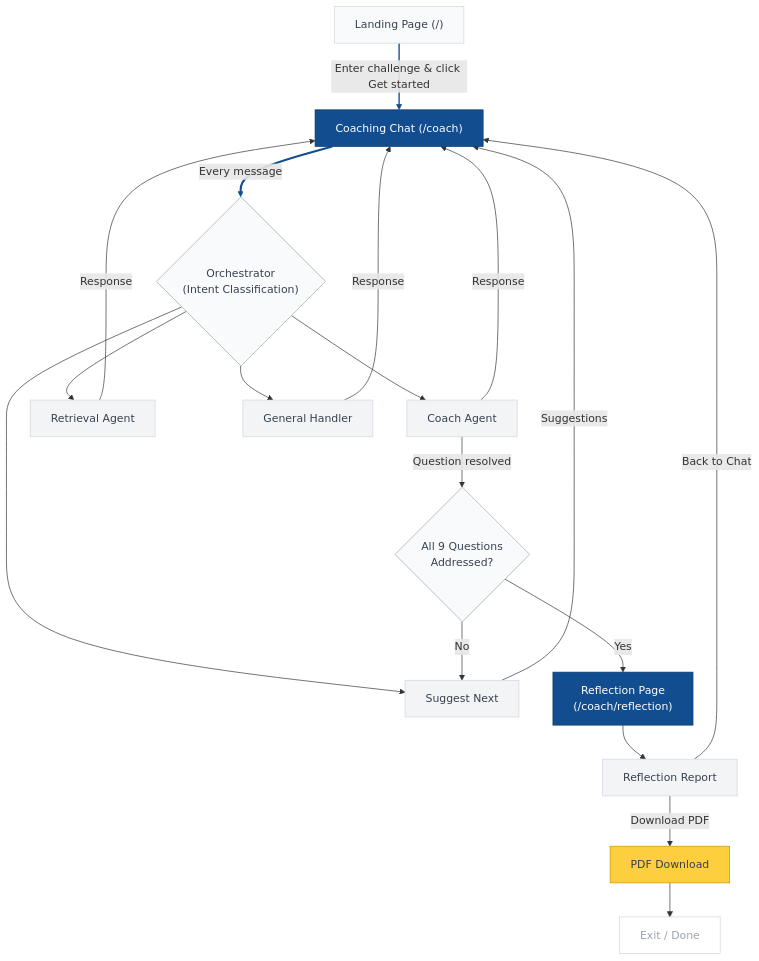
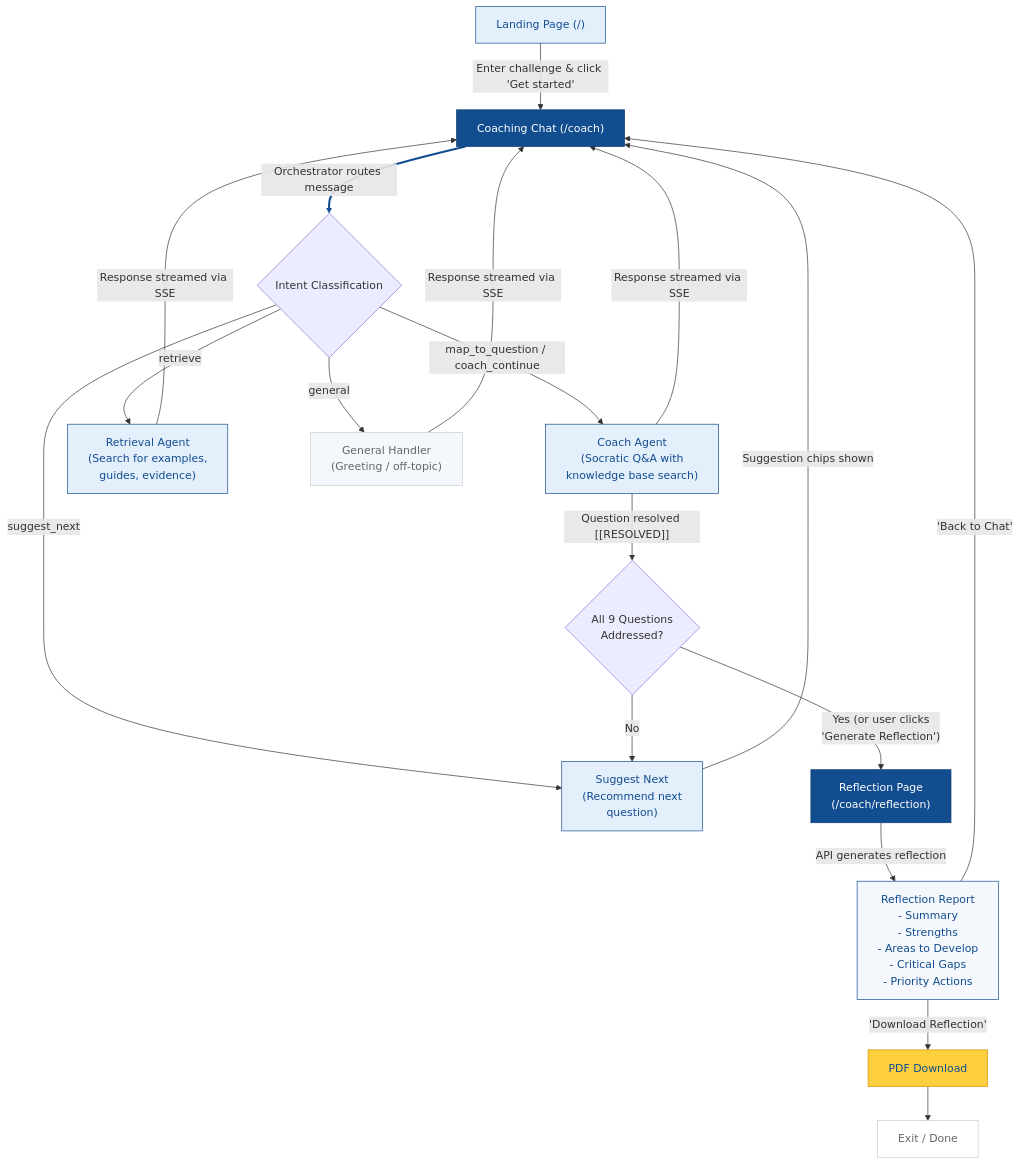
One commit to Kushal187/coaching-tool-public-engagement changed the diagram in docs/user-journey-flow.md. Above: the diagram before and after it, drawn with Mermaid.

````diff
--- a/docs/user-journey-flow.md
+++ b/docs/user-journey-flow.md
@@ -5,41 +5,42 @@
 ```mermaid
 flowchart TD
-    A["Landing Page (/)"] -->|"Enter challenge & click Get started"| B["Coaching Chat (/coach)"]
-
-    B ==>|"Every message"| C{"Orchestrator\n(Intent Classification)"}
-
-    C --> D["Coach Agent"]
-    C --> E["Retrieval Agent"]
-    C --> F["Suggest Next"]
-    C --> G["General Handler"]
-
-    D -->|Response| B
-    E -->|Response| B
-    F -->|Suggestions| B
-    G -->|Response| B
-
-    D -->|"Question resolved"| H{"All 9 Questions\nAddressed?"}
+    A["Landing Page (/)"] -->|Enter challenge & click 'Get started'| B["Coaching Chat (/coach)"]
+    
+    B ==>|"Orchestrator routes message"| C{Intent Classification}
+    
+    C -->|"map_to_question / coach_continue"| D["Coach Agent\n(Socratic Q&A with\nknowledge base search)"]
+    C -->|retrieve| E["Retrieval Agent\n(Search for examples,\nguides, evidence)"]
+    C -->|suggest_next| F["Suggest Next\n(Recommend next\nquestion)"]
+    C -->|general| G["General Handler\n(Greeting / off-topic)"]
+    
+    D -->|Response streamed via SSE| B
+    E -->|Response streamed via SSE| B
+    F -->|Suggestion chips shown| B
+    G -->|Response streamed via SSE| B
+    
+    D -->|"Question resolved [[RESOLVED]]"| H{All 9 Questions\nAddressed?}
+    
     H -->|No| F
-    H -->|Yes| I["Reflection Page\n(/coach/reflection)"]
-
-    I --> J["Reflection Report"]
-    J -->|Download PDF| K["PDF Download"]
-    J -->|Back to Chat| B
+    
+    H -->|"Yes (or user clicks\n'Generate Reflection')"| I["Reflection Page\n(/coach/reflection)"]
+    
+    I -->|API generates reflection| J["Reflection Report\n- Summary\n- Strengths\n- Areas to Develop\n- Critical Gaps\n- Priority Actions"]
+    
+    J -->|"'Download Reflection'"| K["PDF Download"]
+    J -->|"'Back to Chat'"| B
+    
     K --> L["Exit / Done"]
 
-    style A fill:#f9fafb,stroke:#d1d5db,color:#374151
+    style A fill:#E4EFFC,stroke:#124D8F,color:#124D8F
     style B fill:#124D8F,stroke:#0e3d72,color:#fff
-    style C fill:#f9fafb,stroke:#9ca3af,color:#374151
-    style D fill:#f3f4f6,stroke:#d1d5db,color:#374151
-    style E fill:#f3f4f6,stroke:#d1d5db,color:#374151
-    style F fill:#f3f4f6,stroke:#d1d5db,color:#374151
-    style G fill:#f3f4f6,stroke:#d1d5db,color:#374151
-    style H fill:#f9fafb,stroke:#9ca3af,color:#374151
     style I fill:#124D8F,stroke:#0e3d72,color:#fff
-    style J fill:#f3f4f6,stroke:#d1d5db,color:#374151
-    style K fill:#FDCE3E,stroke:#D09006,color:#374151
-    style L fill:#fff,stroke:#d1d5db,color:#9ca3af
+    style J fill:#F4F7FB,stroke:#124D8F,color:#124D8F
+    style K fill:#FDCE3E,stroke:#D09006,color:#124D8F
+    style L fill:#fff,stroke:#ccc,color:#666
+    style D fill:#E4EFFC,stroke:#124D8F,color:#124D8F
+    style E fill:#E4EFFC,stroke:#124D8F,color:#124D8F
+    style F fill:#E4EFFC,stroke:#124D8F,color:#124D8F
+    style G fill:#F4F7FB,stroke:#ccc,color:#666
 
-    linkStyle 0 stroke:#124D8F,stroke-width:2px
     linkStyle 1 stroke:#124D8F,stroke-width:3px
 ```
````
